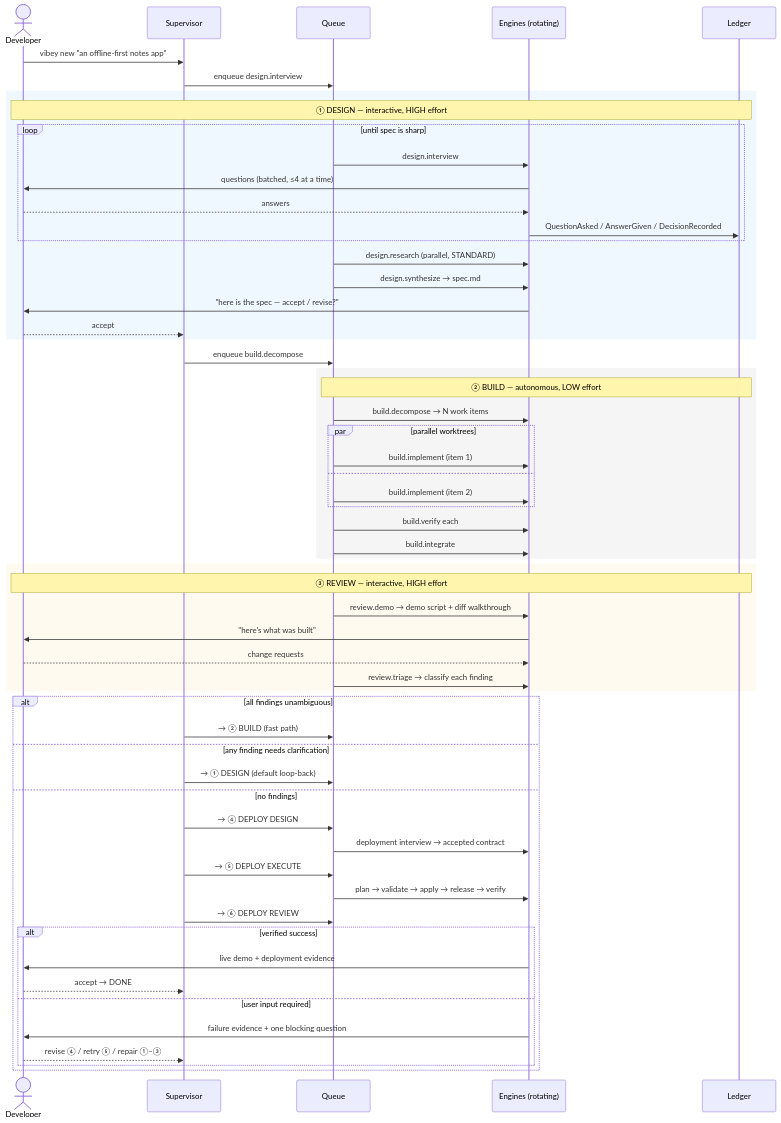
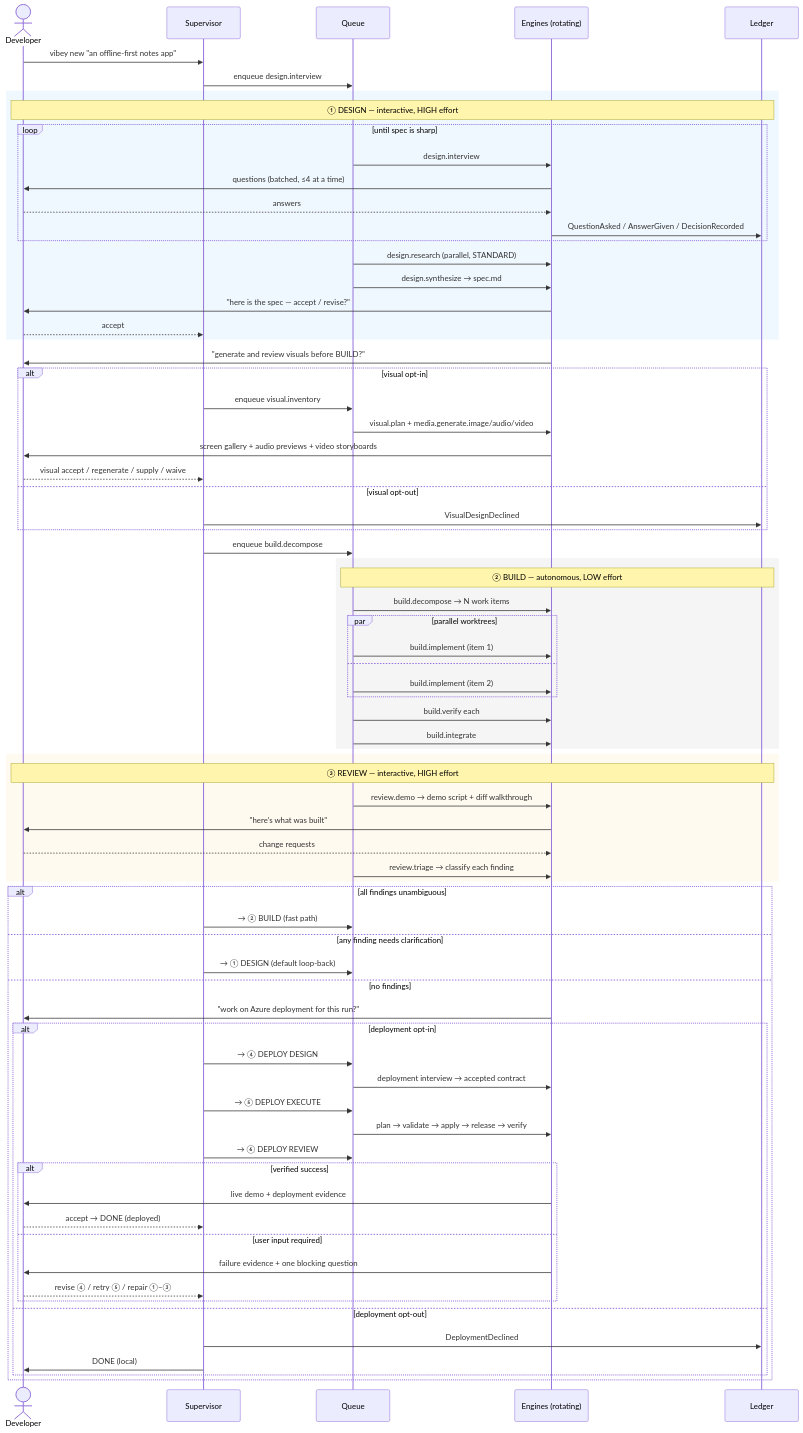
One commit to adammatthewsteinberger/vibey changed the first of 2 diagrams in docs/plans/phase-protocols.md. Above: the diagram before and after it, drawn with Mermaid. The commit also changed other lines of this file and 9 other files, not shown here.

Commit message:
docs: make visual and deployment stages opt in

````diff
--- a/docs/plans/phase-protocols.md
+++ b/docs/plans/phase-protocols.md
@@ -11,61 +11,76 @@
 ```mermaid
 sequenceDiagram
     actor U as Developer
     participant S as Supervisor
     participant Q as Queue
     participant E as Engines (rotating)
     participant L as Ledger
 
     U->>S: vibey new "an offline-first notes app"
     S->>Q: enqueue design.interview
     rect rgb(240, 248, 255)
         Note over U,L: ① DESIGN — interactive, HIGH effort
         loop until spec is sharp
             Q->>E: design.interview
             E->>U: questions (batched, ≤4 at a time)
             U-->>E: answers
             E->>L: QuestionAsked / AnswerGiven / DecisionRecorded
         end
         Q->>E: design.research (parallel, STANDARD)
         Q->>E: design.synthesize → spec.md
         E->>U: "here is the spec — accept / revise?"
         U-->>S: accept
+    end
+    E->>U: "generate and review visuals before BUILD?"
+    alt visual opt-in
+        S->>Q: enqueue visual.inventory
+        Q->>E: visual.plan + media.generate.image/audio/video
+        E->>U: screen gallery + audio previews + video storyboards
+        U-->>S: visual accept / regenerate / supply / waive
+    else visual opt-out
+        S->>L: VisualDesignDeclined
     end
     S->>Q: enqueue build.decompose
     rect rgb(245, 245, 245)
         Note over Q,L: ② BUILD — autonomous, LOW effort
         Q->>E: build.decompose → N work items
         par parallel worktrees
             Q->>E: build.implement (item 1)
         and
             Q->>E: build.implement (item 2)
         end
         Q->>E: build.verify each
         Q->>E: build.integrate
     end
     rect rgb(255, 250, 240)
         Note over U,L: ③ REVIEW — interactive, HIGH effort
         Q->>E: review.demo → demo script + diff walkthrough
         E->>U: "here's what was built"
         U-->>E: change requests
         Q->>E: review.triage → classify each finding
     end
     alt all findings unambiguous
         S->>Q: → ② BUILD (fast path)
     else any finding needs clarification
         S->>Q: → ① DESIGN (default loop-back)
     else no findings
-        S->>Q: → ④ DEPLOY DESIGN
-        Q->>E: deployment interview → accepted contract
-        S->>Q: → ⑤ DEPLOY EXECUTE
-        Q->>E: plan → validate → apply → release → verify
-        S->>Q: → ⑥ DEPLOY REVIEW
-        alt verified success
-            E->>U: live demo + deployment evidence
-            U-->>S: accept → DONE
-        else user input required
-            E->>U: failure evidence + one blocking question
-            U-->>S: revise ④ / retry ⑤ / repair ①–③
+        E->>U: "work on Azure deployment for this run?"
+        alt deployment opt-in
+            S->>Q: → ④ DEPLOY DESIGN
+            Q->>E: deployment interview → accepted contract
+            S->>Q: → ⑤ DEPLOY EXECUTE
+            Q->>E: plan → validate → apply → release → verify
+            S->>Q: → ⑥ DEPLOY REVIEW
+            alt verified success
+                E->>U: live demo + deployment evidence
+                U-->>S: accept → DONE (deployed)
+            else user input required
+                E->>U: failure evidence + one blocking question
+                U-->>S: revise ④ / retry ⑤ / repair ①–③
+            end
+        else deployment opt-out
+            S->>L: DeploymentDeclined
+            S->>U: DONE (local)
         end
     end
 ```
````
